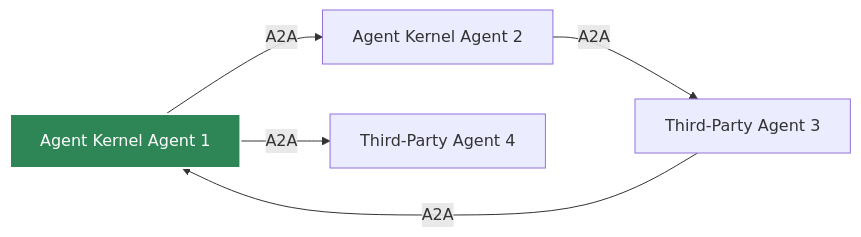
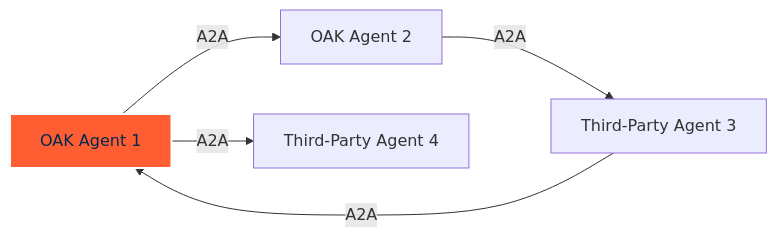
The diagram in docs/docs/api/a2a-server.md (yaalalabs/agent-kernel), drawn with Mermaid before and after one commit. The commit also changed other lines of this file and 444 other files, not shown here.

````diff
--- a/docs/docs/api/a2a-server.md
+++ b/docs/docs/api/a2a-server.md
@@ -146,9 +146,9 @@
 ```mermaid
 graph LR
-    A[Agent Kernel Agent 1] -->|A2A| B[Agent Kernel Agent 2]
+    A[OAK Agent 1] -->|A2A| B[OAK Agent 2]
     B -->|A2A| C[Third-Party Agent 3]
     C -->|A2A| A
     A -->|A2A| D[Third-Party Agent 4]
 
-    style A fill:#2e8555,stroke:#fff,stroke-width:2px,color:#fff
+    style A fill:#FF5E32,stroke:#fff,stroke-width:2px,color:#02284F
 ```
````
